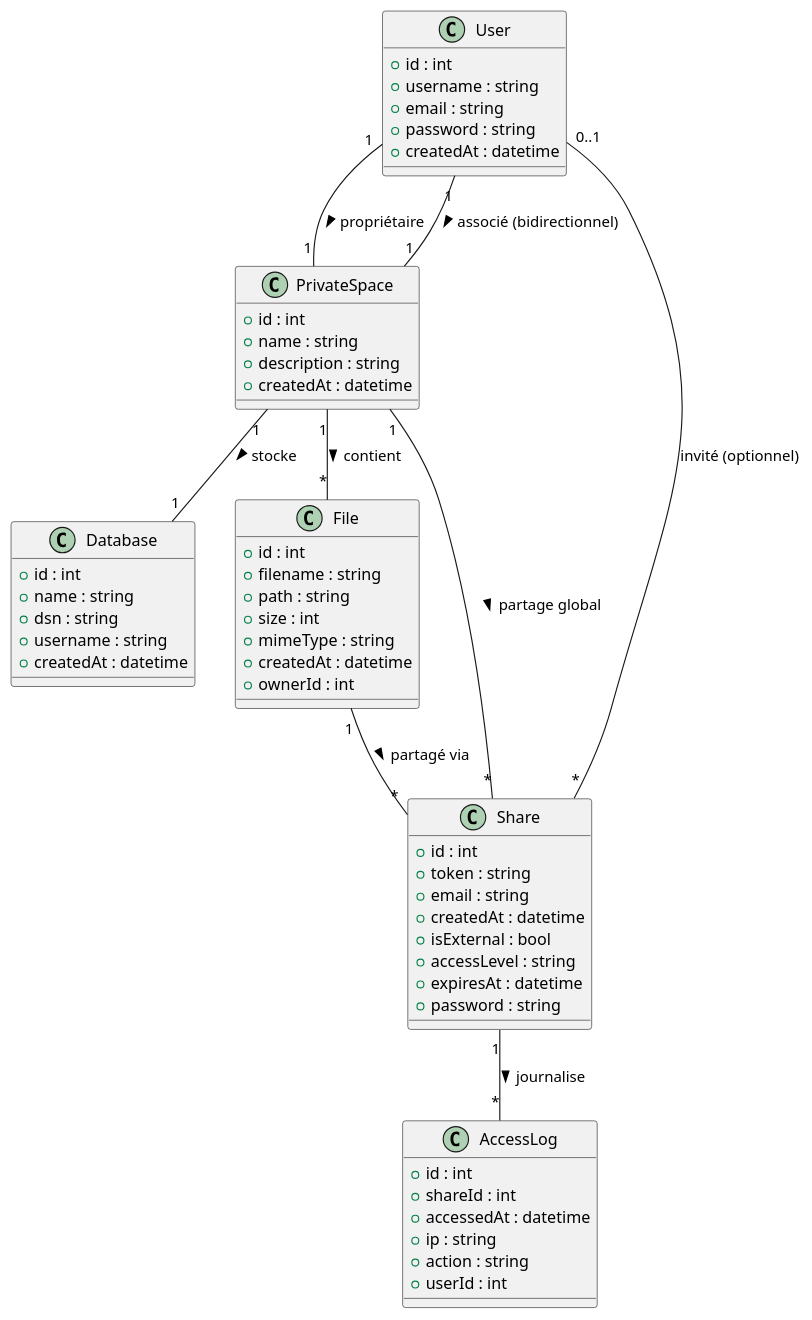
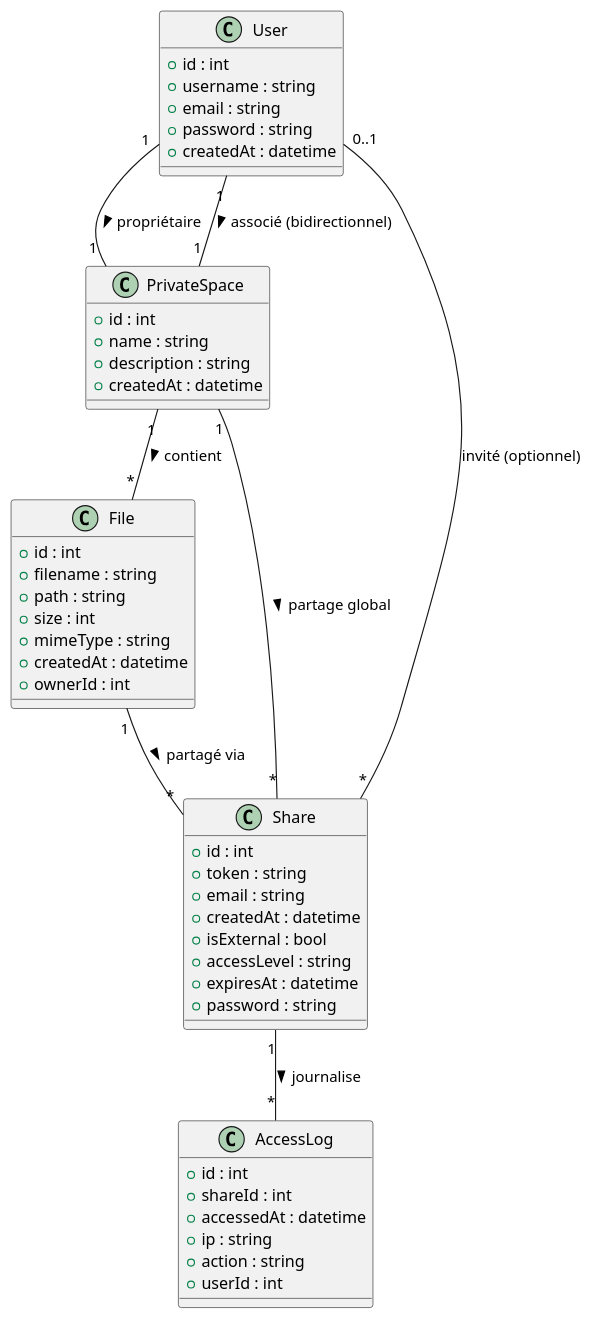
The diagram in classes.puml (ronan-develop/home-cloud), drawn with PlantUML before and after one commit.

Commit message:
📝 docs: mise à jour du diagramme de classes multi-tenant (suppression Database, structuration Share & AccessLog)
- Suppression de l’entité Database du diagramme (isolation par base, pas par entité)
- Ajout/structuration explicite des entités Share (partage) et AccessLog (journal d’accès)
- Relations clarifiées pour coller à l’architecture multi-bases et au workflow multi-tenant

#diagramme #architecture #multi-tenant

```diff
--- a/classes.puml
+++ b/classes.puml
@@ -1,73 +1,64 @@
-@startuml
+@startuml HomeCloud
 
 ' Diagramme de classes principal pour Home Cloud (particuliers, partage)
 
 class User {
   +id : int
   +username : string
   +email : string
   +password : string
   +createdAt : datetime
 }
 
 class PrivateSpace {
   +id : int
   +name : string
   +description : string
-  +createdAt : datetime
-}
-
-class Database {
-  +id : int
-  +name : string
-  +dsn : string
-  +username : string
   +createdAt : datetime
 }
 
 class File {
   +id : int
   +filename : string
   +path : string
   +size : int
   +mimeType : string
   +createdAt : datetime
   +ownerId : int
 }
 
 class Share {
   +id : int
   +token : string
   +email : string
   +createdAt : datetime
   +isExternal : bool
   +accessLevel : string
   +expiresAt : datetime
   +password : string
 }
 
 class AccessLog {
   +id : int
   +shareId : int
   +accessedAt : datetime
   +ip : string
   +action : string
   +userId : int
 }
 
-' Suppression de AccessRight (droit géré directement dans Share par accessLevel)
+' Suppression de Database (l'isolation se fait par base, pas par entité métier)
 
 User "1" -- "1" PrivateSpace : propriétaire >
 PrivateSpace "1" -- "1" User : < associé (bidirectionnel)
-PrivateSpace "1" -- "1" Database : stocke >
 PrivateSpace "1" -- "*" File : contient >
 File "1" -- "*" Share : partagé via >
 PrivateSpace "1" -- "*" Share : partage global >
 Share "*" -- "0..1" User : invité (optionnel)
 Share "1" -- "*" AccessLog : journalise >
 
 ' NOTE: Chaque PrivateSpace est associé à un sous-domaine dédié (multi-tenant applicatif)
 ' L'isolation des données est assurée par la détection du sous-domaine côté Symfony
 ' Un User possède un PrivateSpace, chaque PrivateSpace correspond à un sous-domaine
 
 @enduml
```
